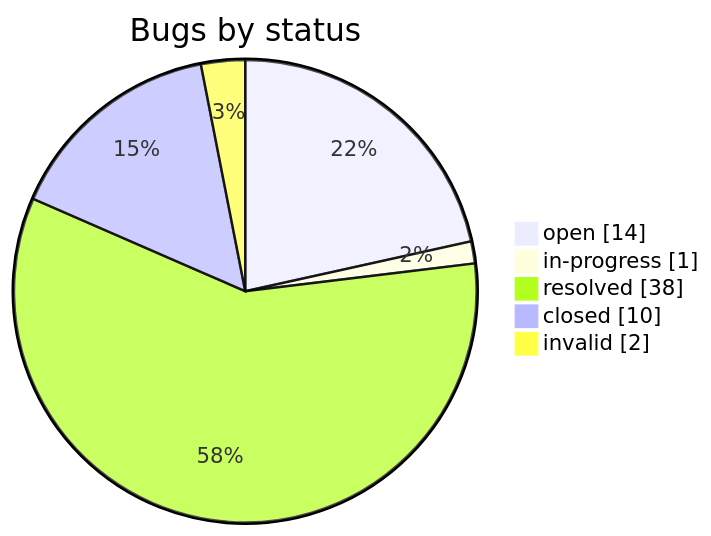
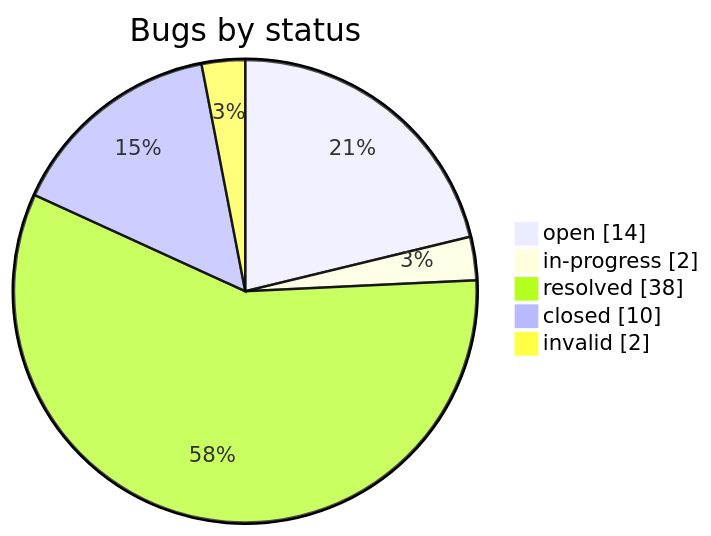
Before and after one commit to iammaxsu/automatic-testing-architecture: the second of 2 diagrams in STATUS.md, drawn with Mermaid. The commit also changed other lines of this file and 8 other files, not shown here.

````diff
--- a/STATUS.md
+++ b/STATUS.md
@@ -165,8 +165,8 @@
 ```mermaid
 pie showData title Bugs by status
     "open" : 14
-    "in-progress" : 1
+    "in-progress" : 2
     "resolved" : 38
     "closed" : 10
     "invalid" : 2
 ```
````
